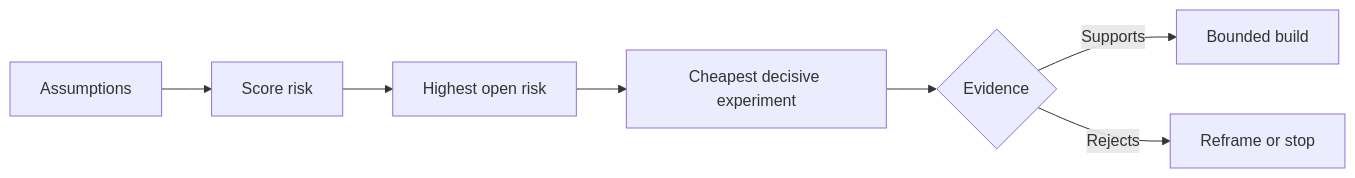
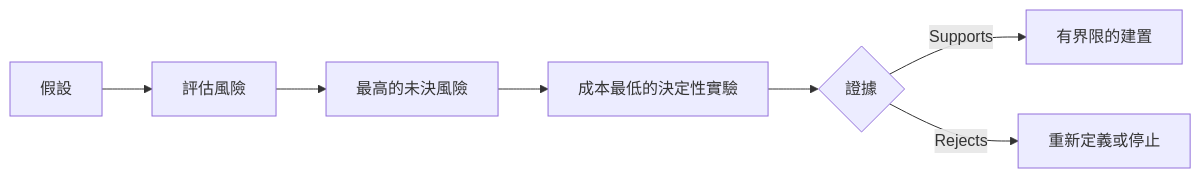
The diagram in i18n/zh-TW/phases/14-agent-engineering/49-map-assumptions-and-risk/docs/zh-TW.md (edward821220/ai-engineering-from-scratch), drawn with Mermaid before and after one commit. The commit also changed other lines of this file and 43 other files, not shown here.

````diff
--- a/i18n/zh-TW/phases/14-agent-engineering/49-map-assumptions-and-risk/docs/zh-TW.md
+++ b/i18n/zh-TW/phases/14-agent-engineering/49-map-assumptions-and-risk/docs/zh-TW.md
@@ -51,9 +51,9 @@
 ```mermaid
 flowchart LR
-  A[Assumptions] --> S[Score risk]
-  S --> H[Highest open risk]
-  H --> X[Cheapest decisive experiment]
-  X --> E{Evidence}
-  E -->|Supports| B[Bounded build]
-  E -->|Rejects| R[Reframe or stop]
+  A[假設] --> S[評估風險]
+  S --> H[最高的未決風險]
+  H --> X[成本最低的決定性實驗]
+  X --> E{證據}
+  E -->|Supports| B[有界限的建置]
+  E -->|Rejects| R[重新定義或停止]
 ```
````
